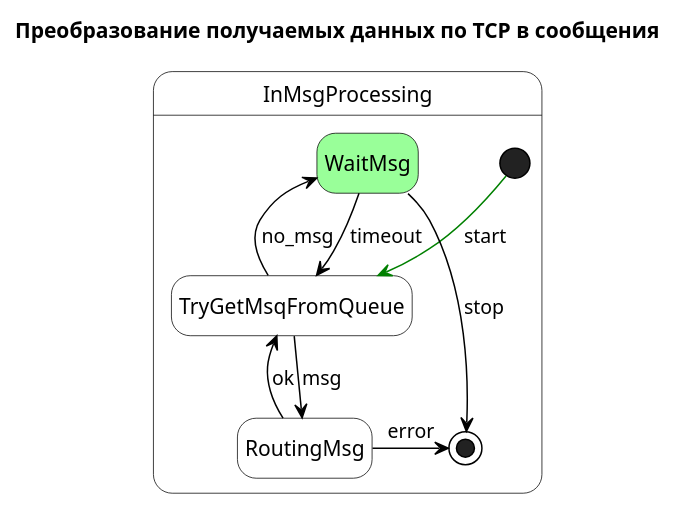
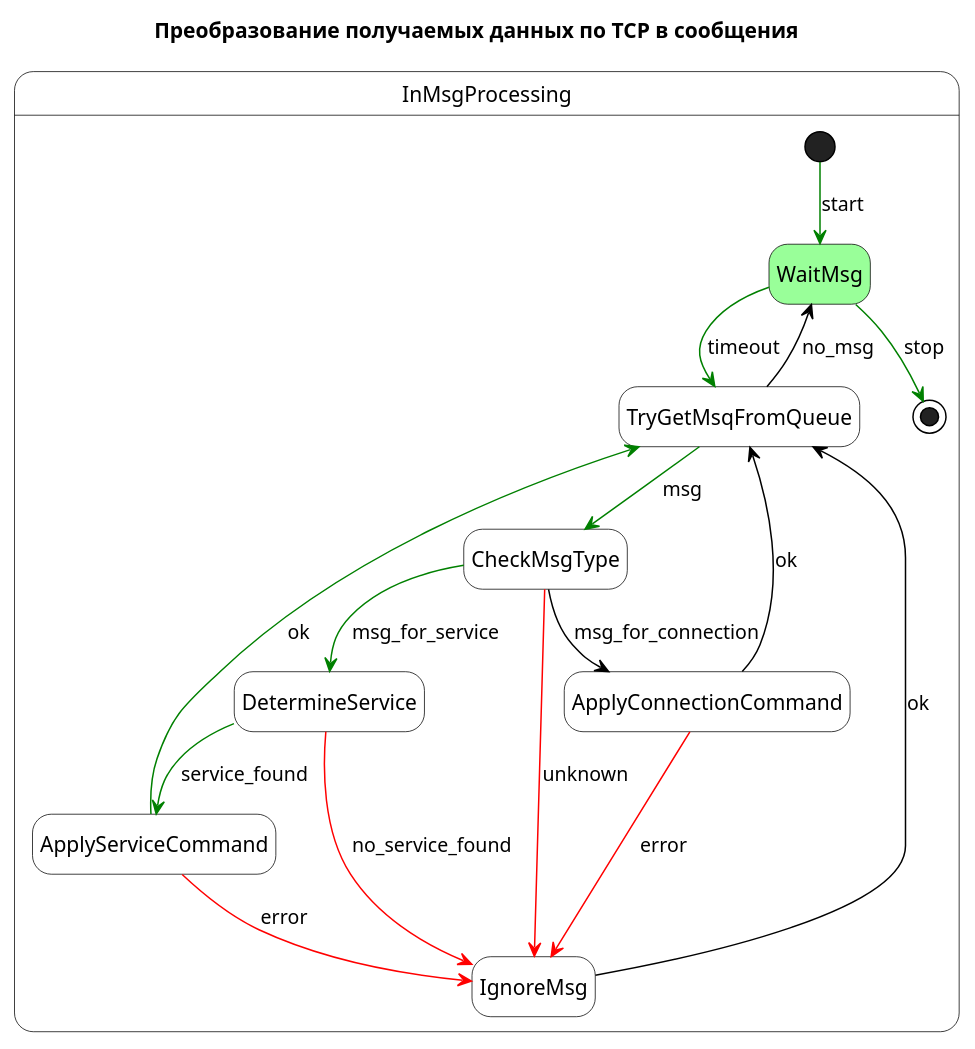
The diagram in in_msg_processing.puml (shushudu/uml_diagrams), drawn with PlantUML before and after one commit.

```diff
--- a/in_msg_processing.puml
+++ b/in_msg_processing.puml
@@ -1,36 +1,49 @@
 @startuml
 hide empty description
 scale max 800 width
 
 <style>
 stateDiagram {
   LineColor black
 }
 </style>
 
 skinparam state {
   BackgroundColor #white
   BackgroundColor<<LongTime>> #9F9
   BorderColor #black
 }
 
 Title Преобразование получаемых данных по TCP в сообщения
 
 state InMsgProcessing {
 
 state WaitMsg <<LongTime>>
+state ApplyServiceCommand <<choise>>
 
-[*] -[#green]-> TryGetMsqFromQueue : start
+[*] -[#green]-> WaitMsg : start
 
 TryGetMsqFromQueue --> WaitMsg : no_msg
-TryGetMsqFromQueue --> RoutingMsg : msg
+TryGetMsqFromQueue -[#green]-> CheckMsgType : msg
 
-WaitMsg -> [*] : stop
-WaitMsg --> TryGetMsqFromQueue : timeout
+WaitMsg -[#green]-> [*] : stop
+WaitMsg -[#green]-> TryGetMsqFromQueue : timeout
 
+CheckMsgType -[#red]-> IgnoreMsg : unknown
+CheckMsgType --> ApplyConnectionCommand : msg_for_connection
+CheckMsgType -[#green]-> DetermineService : msg_for_service
 
-RoutingMsg -> [*] : error
-RoutingMsg -> TryGetMsqFromQueue : ok
+IgnoreMsg --> TryGetMsqFromQueue : ok
+
+ApplyConnectionCommand -[#red]->IgnoreMsg : error
+ApplyConnectionCommand --> TryGetMsqFromQueue : ok
+
+DetermineService -[#red]-> IgnoreMsg : no_service_found
+DetermineService -[#green]-> ApplyServiceCommand : service_found
+
+ApplyServiceCommand -[#red]->IgnoreMsg : error
+ApplyServiceCommand -[#green]-> TryGetMsqFromQueue : ok
+
 
 }
 @enduml
```
